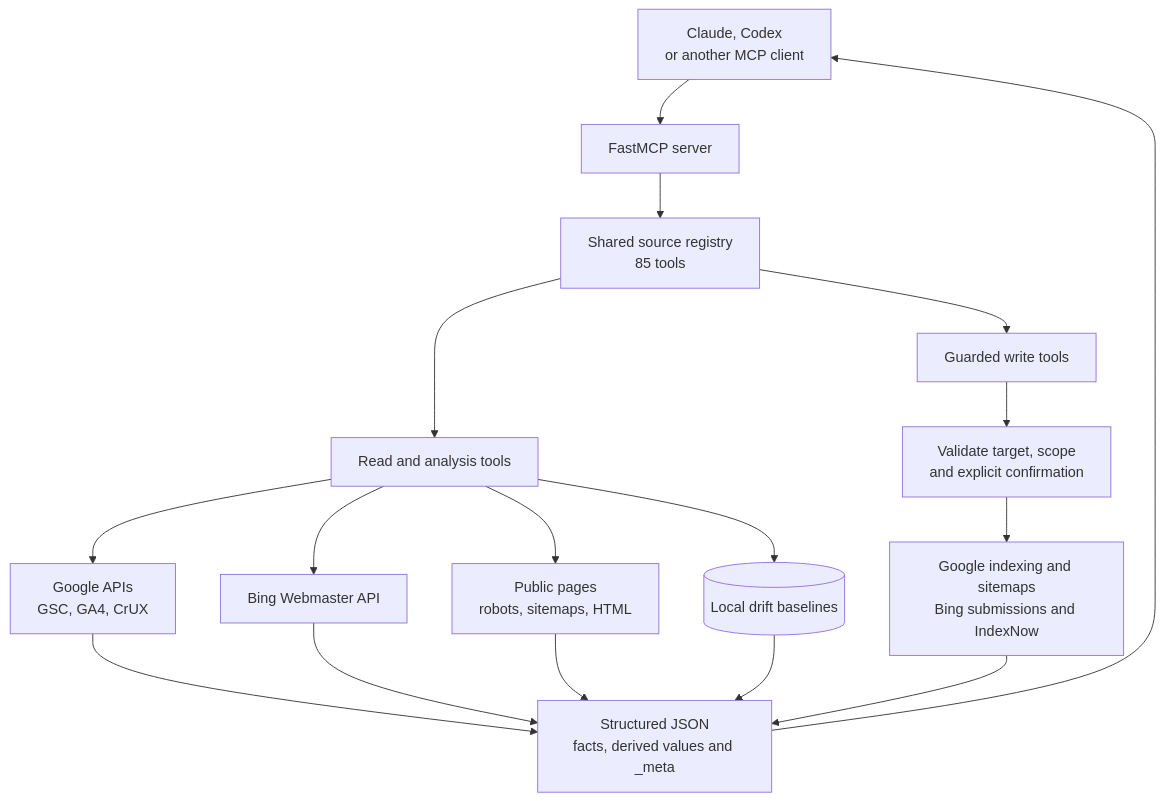
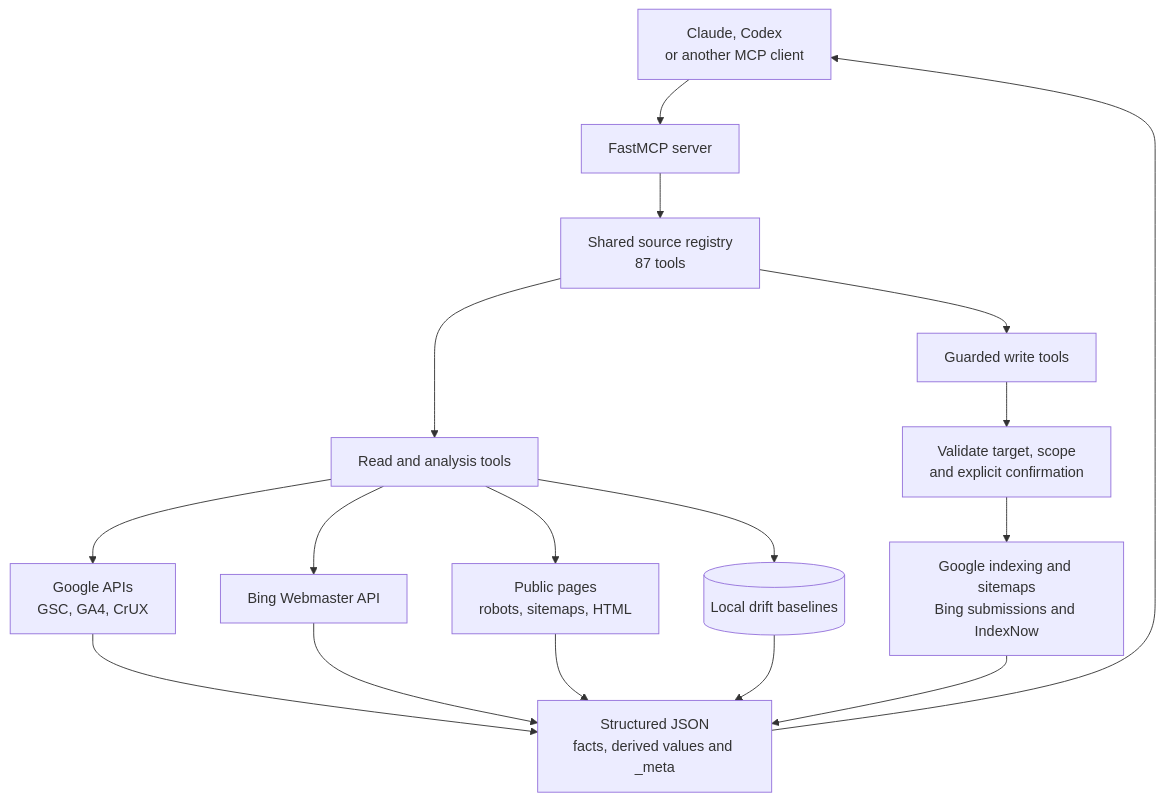
Before and after one commit to FlorianBruniaux/google-search-console-mcp: the diagram in README.md, drawn with Mermaid. The commit also changed other lines of this file and 49 other files, not shown here.

````diff
--- a/README.md
+++ b/README.md
@@ -325,19 +325,19 @@
 ```mermaid
 flowchart TD
     C[Claude, Codex<br/>or another MCP client] --> S[FastMCP server]
-    S --> R[Shared source registry<br/>85 tools]
+    S --> R[Shared source registry<br/>87 tools]
     R --> A[Read and analysis tools]
     R --> W[Guarded write tools]
     A --> G[Google APIs<br/>GSC, GA4, CrUX]
     A --> B[Bing Webmaster API]
     A --> P[Public pages<br/>robots, sitemaps, HTML]
     A --> L[(Local drift baselines)]
     W --> V[Validate target, scope<br/>and explicit confirmation]
     V --> M[Google indexing and sitemaps<br/>Bing submissions and IndexNow]
     G --> O[Structured JSON<br/>facts, derived values and _meta]
     B --> O
     P --> O
     L --> O
     M --> O
     O --> C
 ```
````
